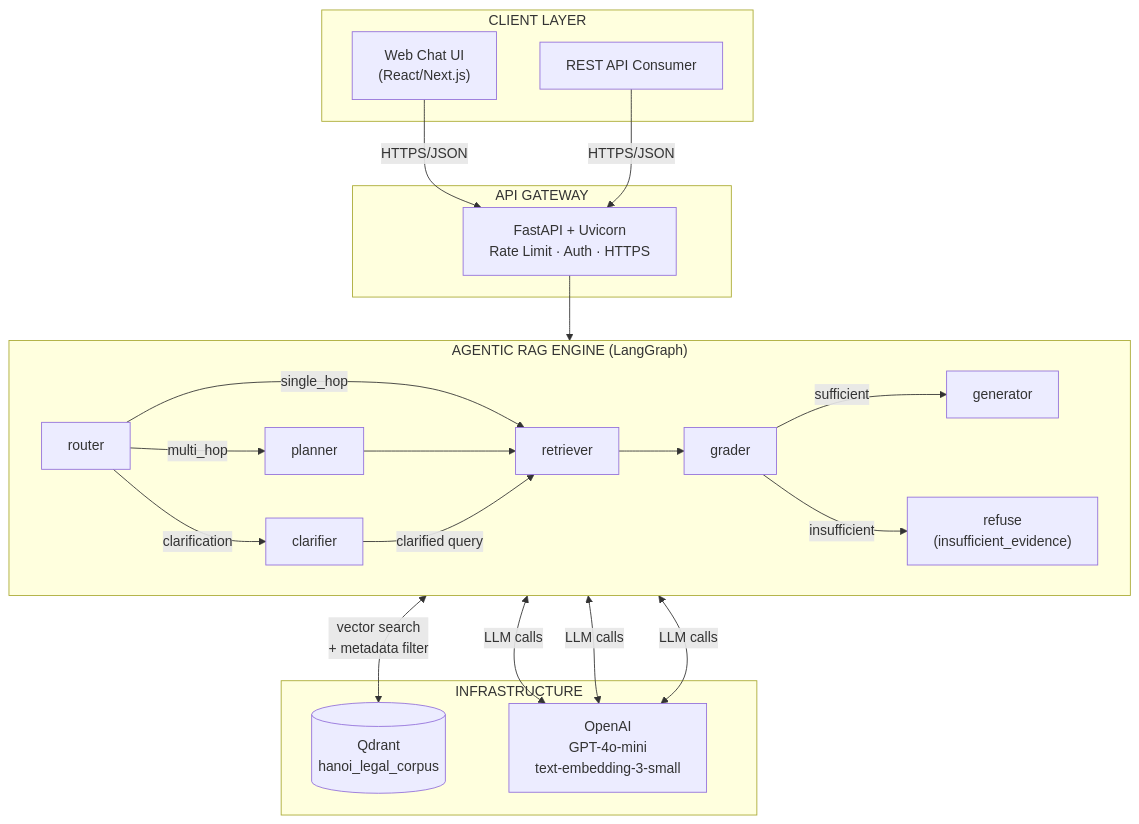
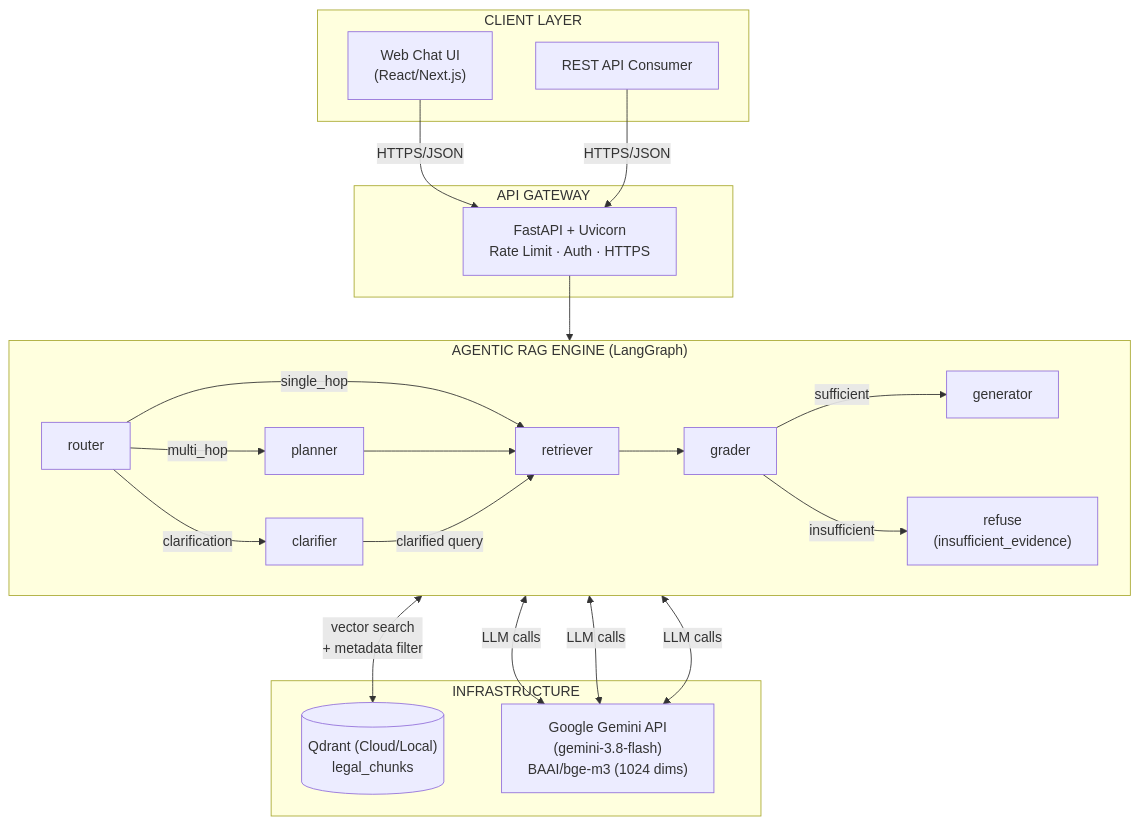
One commit to dovh25/agentic-rag-legal-qa-hanoi changed the first of 4 diagrams in docs/PRD.md. Above: the diagram before and after it, drawn with Mermaid. The commit also changed other lines of this file and 4 other files, not shown here.

````diff
--- a/docs/PRD.md
+++ b/docs/PRD.md
@@ -302,40 +302,40 @@
 ```mermaid
 graph TB
     subgraph CLIENT["CLIENT LAYER"]
         UI["Web Chat UI\n(React/Next.js)"]
         API_C["REST API Consumer"]
     end
 
     subgraph GW["API GATEWAY"]
         FA["FastAPI + Uvicorn\nRate Limit · Auth · HTTPS"]
     end
 
     subgraph ENGINE["AGENTIC RAG ENGINE (LangGraph)"]
         direction LR
         ROUTER["router"]
         PLANNER["planner"]
         RETRIEVER["retriever"]
         GRADER["grader"]
         GENERATOR["generator"]
         CLARIFIER["clarifier"]
 
         ROUTER -->|multi_hop| PLANNER
         ROUTER -->|single_hop| RETRIEVER
         ROUTER -->|clarification| CLARIFIER
         PLANNER --> RETRIEVER
         RETRIEVER --> GRADER
         GRADER -->|sufficient| GENERATOR
         GRADER -->|insufficient| REFUSE["refuse\n(insufficient_evidence)"]
         CLARIFIER -->|clarified query| RETRIEVER
     end
 
     subgraph INFRA["INFRASTRUCTURE"]
-        QDRANT[("Qdrant\nhanoi_legal_corpus")]
-        LLM["OpenAI\nGPT-4o-mini\ntext-embedding-3-small"]
+        QDRANT[("Qdrant (Cloud/Local)\nlegal_chunks")]
+        LLM["Google Gemini API\n(gemini-3.8-flash)\nBAAI/bge-m3 (1024 dims)"]
     end
 
     UI & API_C -->|HTTPS/JSON| FA
     FA --> ENGINE
     RETRIEVER <-->|vector search\n+ metadata filter| QDRANT
     ROUTER & PLANNER & GENERATOR <-->|LLM calls| LLM
 ```
````
